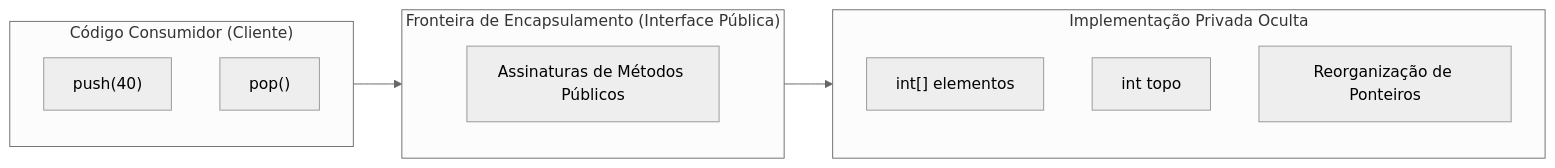
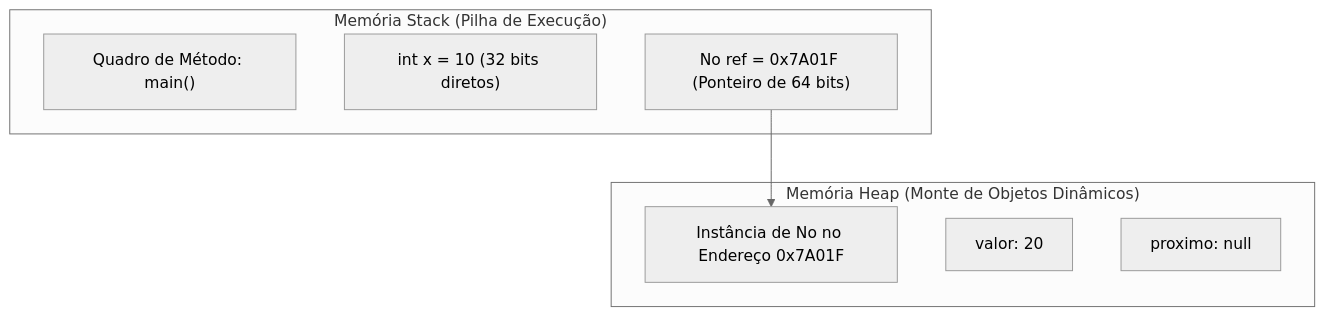
The seventh of 22 diagrams in 4º Semestre/[Prof. Wesley Soares] Estrutura de Dados I/Resumos-IA/Caderno-Consolidado.md (murilolol/unifef), drawn with Mermaid (neutral theme) before and after one commit. The commit also changed other lines of this file and 25 other files, not shown here.

````diff
--- a/4º Semestre/[Prof. Wesley Soares] Estrutura de Dados I/Resumos-IA/Caderno-Consolidado.md
+++ b/4º Semestre/[Prof. Wesley Soares] Estrutura de Dados I/Resumos-IA/Caderno-Consolidado.md
@@ -369,20 +348,14 @@
 ```mermaid
-flowchart LR
-    subgraph Cliente["Código Consumidor (Cliente)"]
-        Call1["push(40)"]
-        Call2["pop()"]
+flowchart TD
+    subgraph MemoriaStack["Memória Stack (Pilha de Execução)"]
+        Frame1["Quadro de Método: main()"]
+        VarPrim["int x = 10 (32 bits diretos)"]
+        VarRef["No ref = 0x7A01F (Ponteiro de 64 bits)"]
     end
-    
-    subgraph Barreira["Fronteira de Encapsulamento (Interface Pública)"]
-        Int["Assinaturas de Métodos Públicos"]
+    subgraph MemoriaHeap["Memória Heap (Monte de Objetos Dinâmicos)"]
+        Obj["Instância de No no Endereço 0x7A01F"]
+        ObjPayload["valor: 20"]
+        ObjNext["proximo: null"]
     end
-    
-    subgraph Interno["Implementação Privada Oculta"]
-        State1["int[] elementos"]
-        State2["int topo"]
-        State3["Reorganização de Ponteiros"]
-    end
-    
-    Cliente --> Barreira
-    Barreira --> Interno
+    VarRef --> Obj
 ```
````
